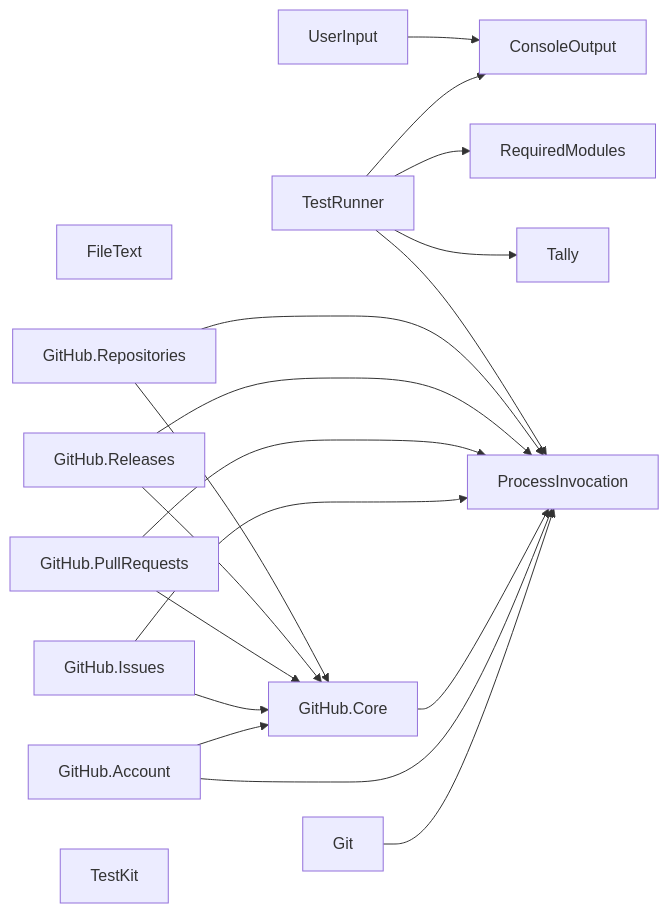
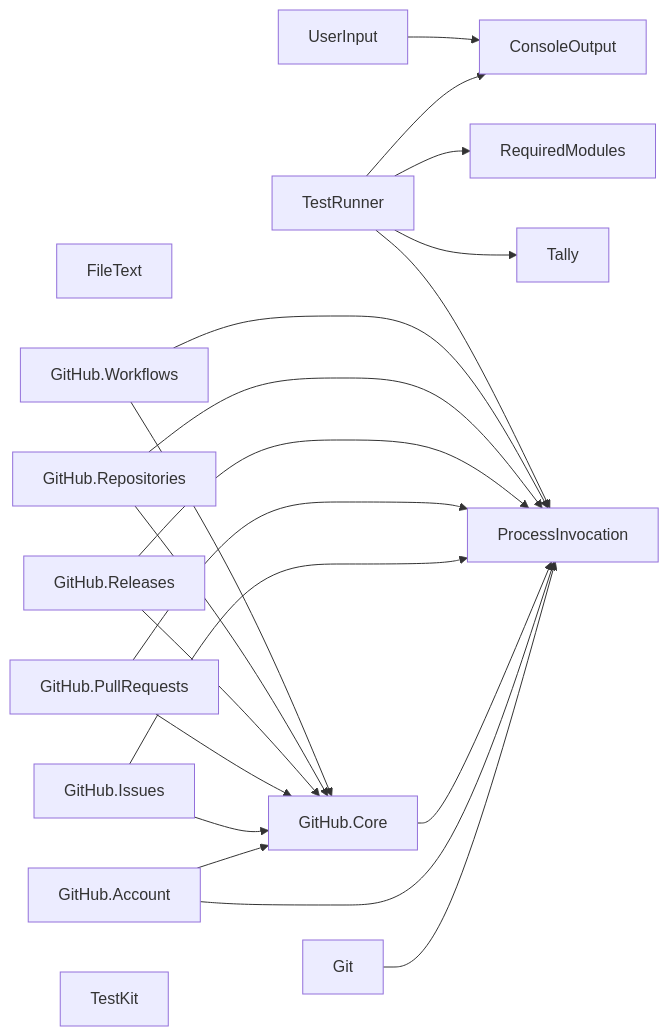
Before and after one commit to TaffarelJr/powershell-modules: the diagram in README.md, drawn with Mermaid. The commit also changed other lines of this file and 23 other files, not shown here.

First line of the commit message:
feat: add the TaffarelJr.GitHub.Workflows module

````diff
--- a/README.md
+++ b/README.md
@@ -38,36 +39,39 @@
 ```mermaid
 graph LR
     ConsoleOutput["ConsoleOutput"]
     FileText["FileText"]
     Git["Git"]
     GitHubAccount["GitHub.Account"]
     GitHubCore["GitHub.Core"]
     GitHubIssues["GitHub.Issues"]
     GitHubPullRequests["GitHub.PullRequests"]
     GitHubReleases["GitHub.Releases"]
     GitHubRepositories["GitHub.Repositories"]
+    GitHubWorkflows["GitHub.Workflows"]
     ProcessInvocation["ProcessInvocation"]
     RequiredModules["RequiredModules"]
     Tally["Tally"]
     TestKit["TestKit"]
     TestRunner["TestRunner"]
     UserInput["UserInput"]
 
     Git --> ProcessInvocation
     GitHubAccount --> GitHubCore
     GitHubAccount --> ProcessInvocation
     GitHubCore --> ProcessInvocation
     GitHubIssues --> GitHubCore
     GitHubIssues --> ProcessInvocation
     GitHubPullRequests --> GitHubCore
     GitHubPullRequests --> ProcessInvocation
     GitHubReleases --> GitHubCore
     GitHubReleases --> ProcessInvocation
     GitHubRepositories --> GitHubCore
     GitHubRepositories --> ProcessInvocation
+    GitHubWorkflows --> GitHubCore
+    GitHubWorkflows --> ProcessInvocation
     TestRunner --> ConsoleOutput
     TestRunner --> ProcessInvocation
     TestRunner --> RequiredModules
     TestRunner --> Tally
     UserInput --> ConsoleOutput
 ```
````
